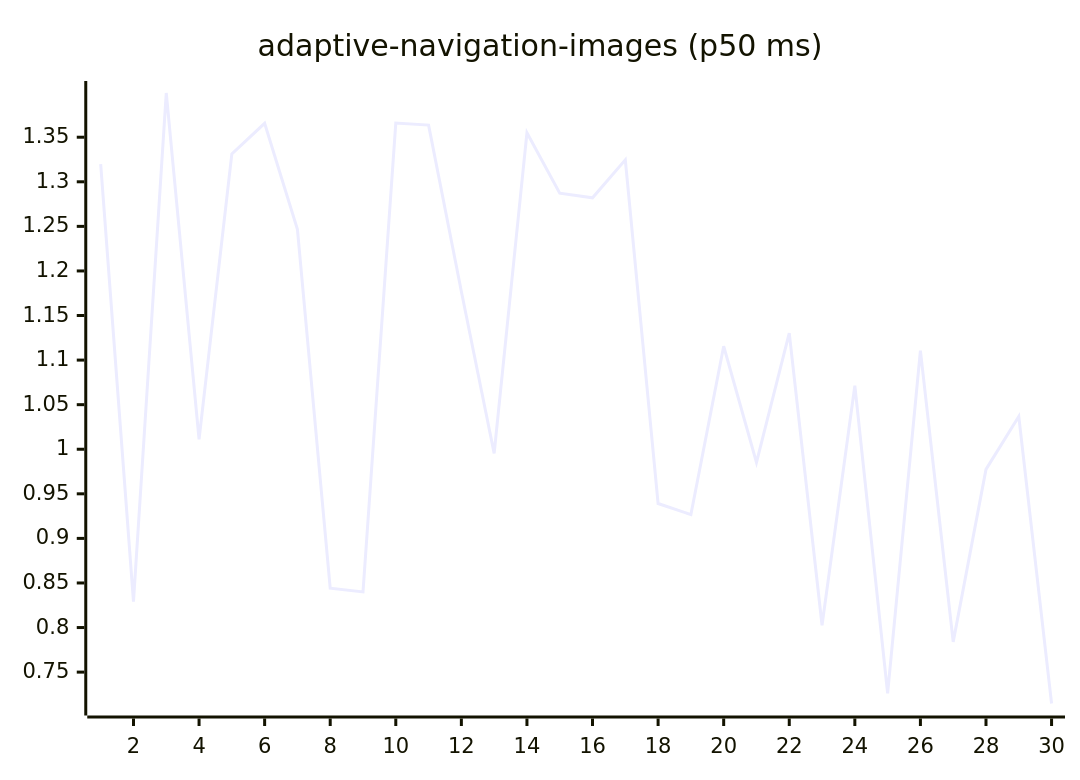
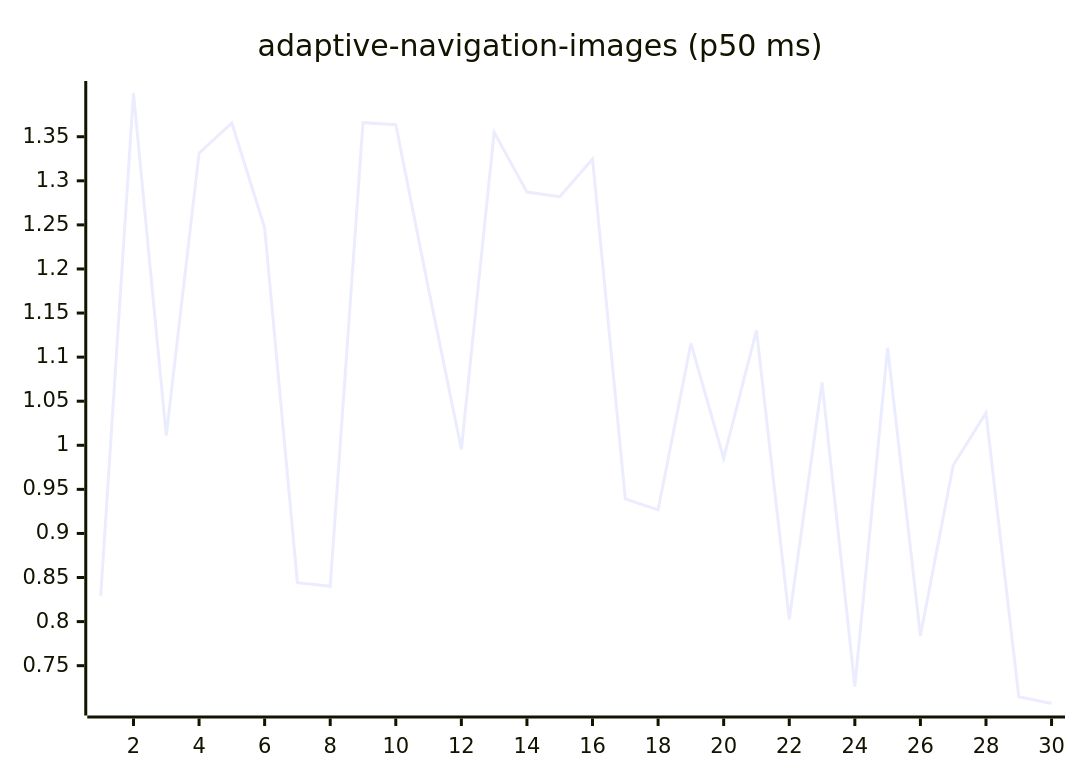
Before and after one commit to josha/Facet: the first of 27 diagrams in README.md, drawn with Mermaid. The commit also changed other lines of this file and 2 other files, not shown here.

````diff
--- a/README.md
+++ b/README.md
@@ -63,6 +63,6 @@
 ```mermaid
 xychart-beta
     title "adaptive-navigation-images (p50 ms)"
     x-axis 1 --> 30
-    line [1.3197, 0.8291, 1.3996, 1.0110, 1.3313, 1.3656, 1.2466, 0.8441, 0.8400, 1.3659, 1.3636, 1.1770, 0.9954, 1.3550, 1.2872, 1.2820, 1.3247, 0.9391, 0.9267, 1.1155, 0.9853, 1.1303, 0.8026, 1.0713, 0.7263, 1.1106, 0.7839, 0.9774, 1.0368, 0.7148]
+    line [0.8291, 1.3996, 1.0110, 1.3313, 1.3656, 1.2466, 0.8441, 0.8400, 1.3659, 1.3636, 1.1770, 0.9954, 1.3550, 1.2872, 1.2820, 1.3247, 0.9391, 0.9267, 1.1155, 0.9853, 1.1303, 0.8026, 1.0713, 0.7263, 1.1106, 0.7839, 0.9774, 1.0368, 0.7148, 0.7071]
 ```
````
